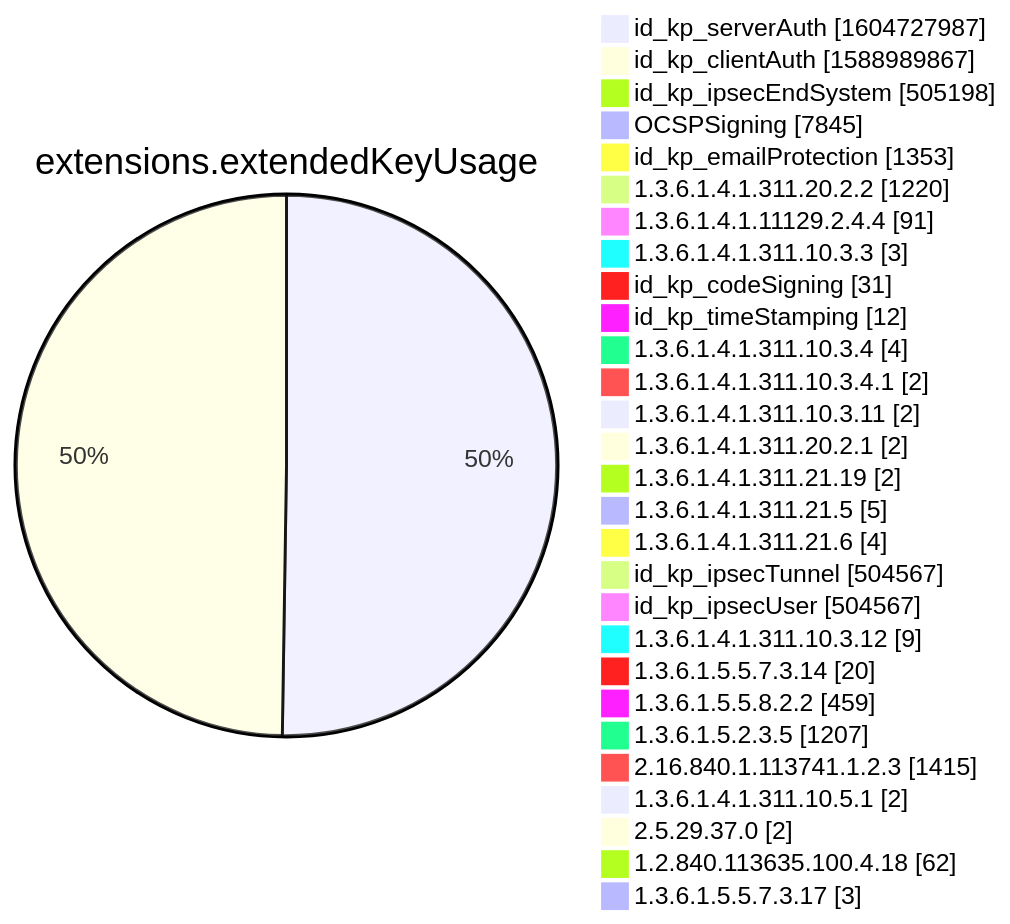
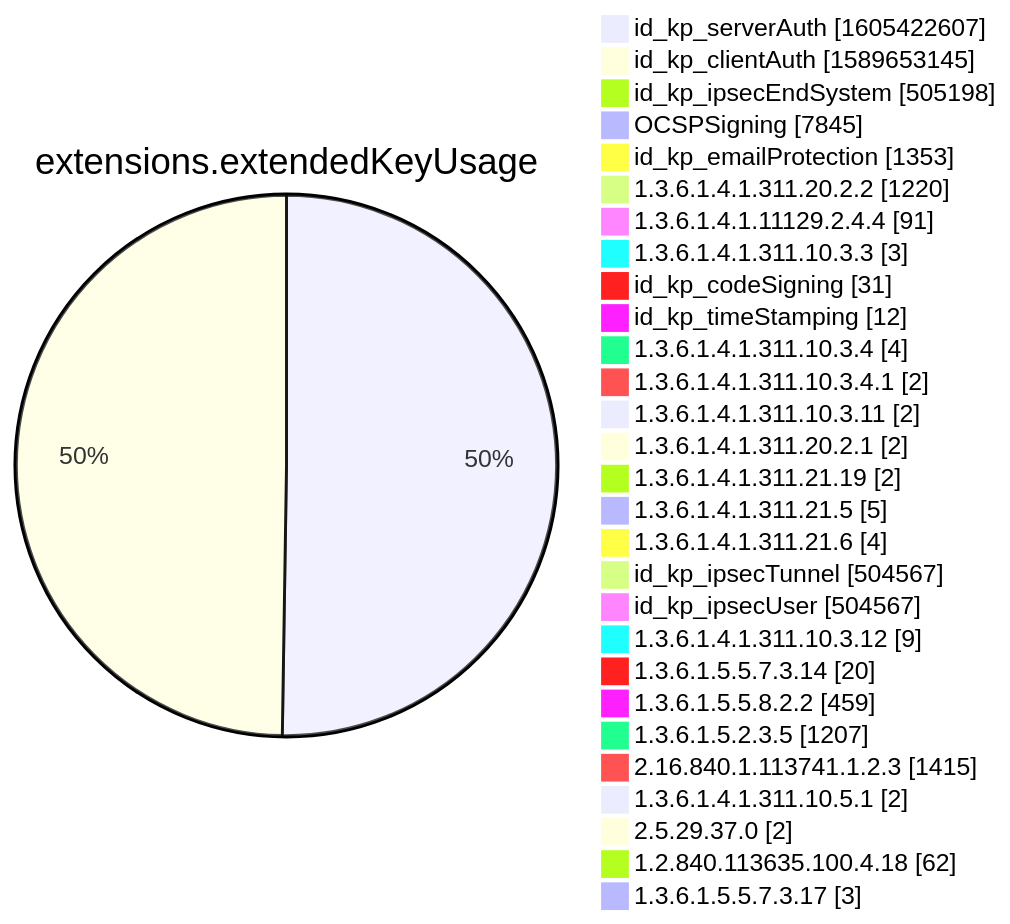
One commit to christiankrug/ctmonitor_visualization changed diagram 12 of 15 in xenon2022/README.md. Above: the diagram before and after it, drawn with Mermaid. The commit also changed other lines of this file, not shown here.

````diff
--- a/xenon2022/README.md
+++ b/xenon2022/README.md
@@ -3885,32 +3885,32 @@
 ```mermaid
 pie showData
 title extensions.extendedKeyUsage
-"id_kp_serverAuth" :1604727987
-"id_kp_clientAuth" :1588989867
+"id_kp_serverAuth" :1605422607
+"id_kp_clientAuth" :1589653145
 "id_kp_ipsecEndSystem" :505198
 "OCSPSigning" :7845
 "id_kp_emailProtection" :1353
 "1.3.6.1.4.1.311.20.2.2" :1220
 "1.3.6.1.4.1.11129.2.4.4" :91
 "1.3.6.1.4.1.311.10.3.3" :3
 "id_kp_codeSigning" :31
 "id_kp_timeStamping" :12
 "1.3.6.1.4.1.311.10.3.4" :4
 "1.3.6.1.4.1.311.10.3.4.1" :2
 "1.3.6.1.4.1.311.10.3.11" :2
 "1.3.6.1.4.1.311.20.2.1" :2
 "1.3.6.1.4.1.311.21.19" :2
 "1.3.6.1.4.1.311.21.5" :5
 "1.3.6.1.4.1.311.21.6" :4
 "id_kp_ipsecTunnel" :504567
 "id_kp_ipsecUser" :504567
 "1.3.6.1.4.1.311.10.3.12" :9
 "1.3.6.1.5.5.7.3.14" :20
 "1.3.6.1.5.5.8.2.2" :459
 "1.3.6.1.5.2.3.5" :1207
 "2.16.840.1.113741.1.2.3" :1415
 "1.3.6.1.4.1.311.10.5.1" :2
 "2.5.29.37.0" :2
 "1.2.840.113635.100.4.18" :62
 "1.3.6.1.5.5.7.3.17" :3
 ```
````
